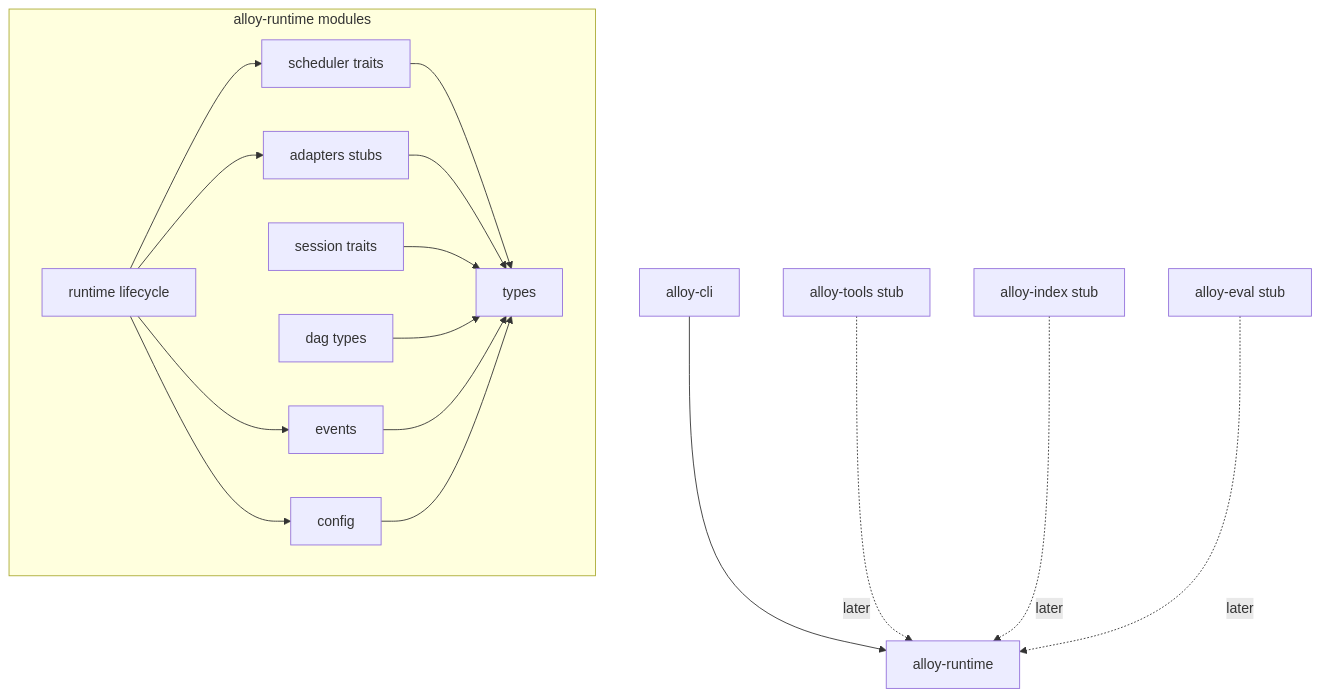
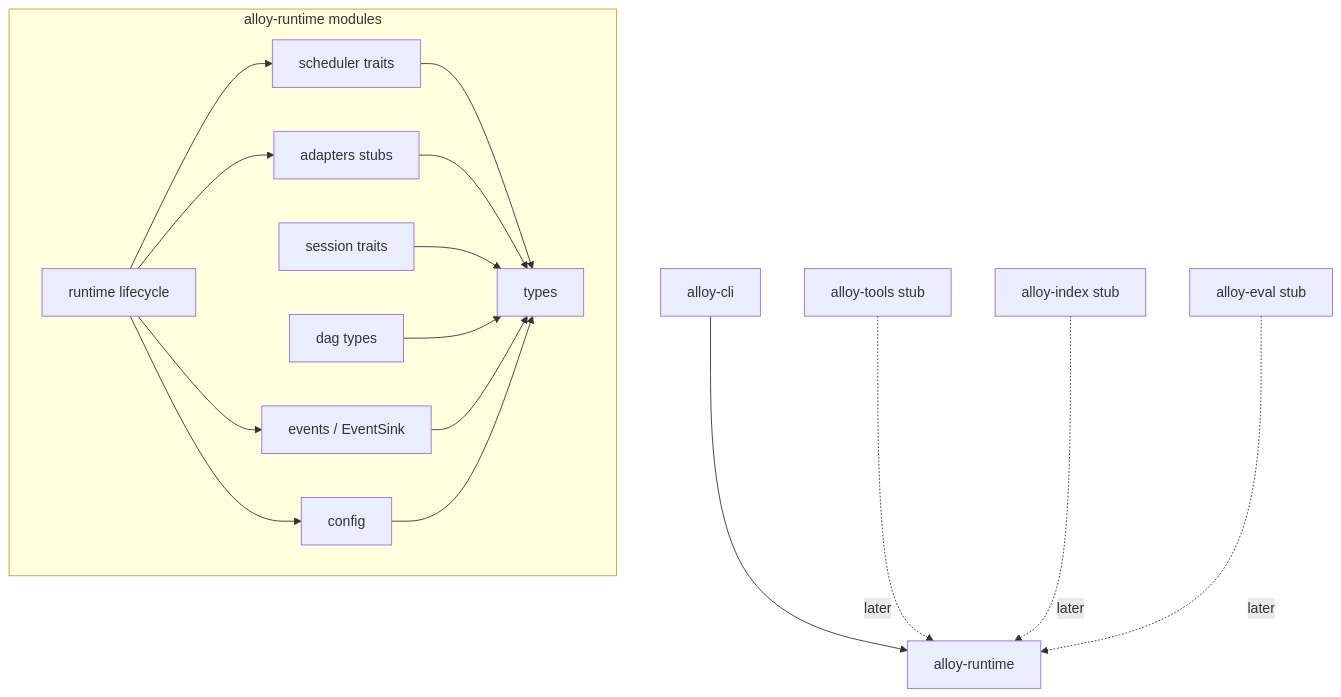
The first of 4 diagrams in docs/rfcs/RFC-0001-alloy-runtime.md (arkadianet/Alloy), drawn with Mermaid before and after one commit. The commit also changed other lines of this file, not shown here.

````diff
--- a/docs/rfcs/RFC-0001-alloy-runtime.md
+++ b/docs/rfcs/RFC-0001-alloy-runtime.md
@@ -700,34 +889,34 @@
 ```mermaid
 flowchart TB
   CLI[alloy-cli]
   RT[alloy-runtime]
   TOOLS[alloy-tools stub]
   IDX[alloy-index stub]
   EVAL[alloy-eval stub]
 
   subgraph runtime_mods["alloy-runtime modules"]
     CFG[config]
     LIFE[runtime lifecycle]
     TYPES[types]
-    EV[events]
+    EV[events / EventSink]
     SCH[scheduler traits]
     AD[adapters stubs]
     SESS[session traits]
     DAG[dag types]
   end
 
   CLI --> RT
   TOOLS -.->|later| RT
   IDX -.->|later| RT
   EVAL -.->|later| RT
   LIFE --> CFG
   LIFE --> EV
   LIFE --> SCH
   LIFE --> AD
   SCH --> TYPES
   AD --> TYPES
   SESS --> TYPES
   DAG --> TYPES
   EV --> TYPES
   CFG --> TYPES
 ```
````
